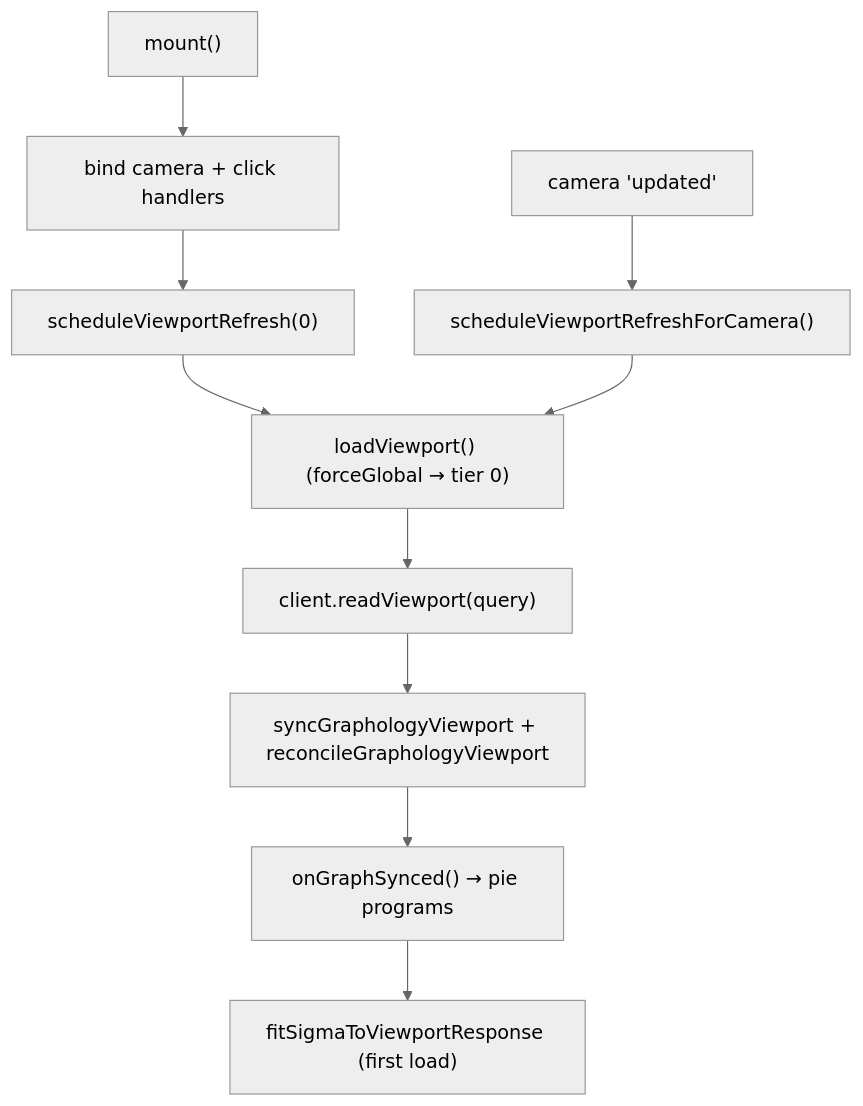
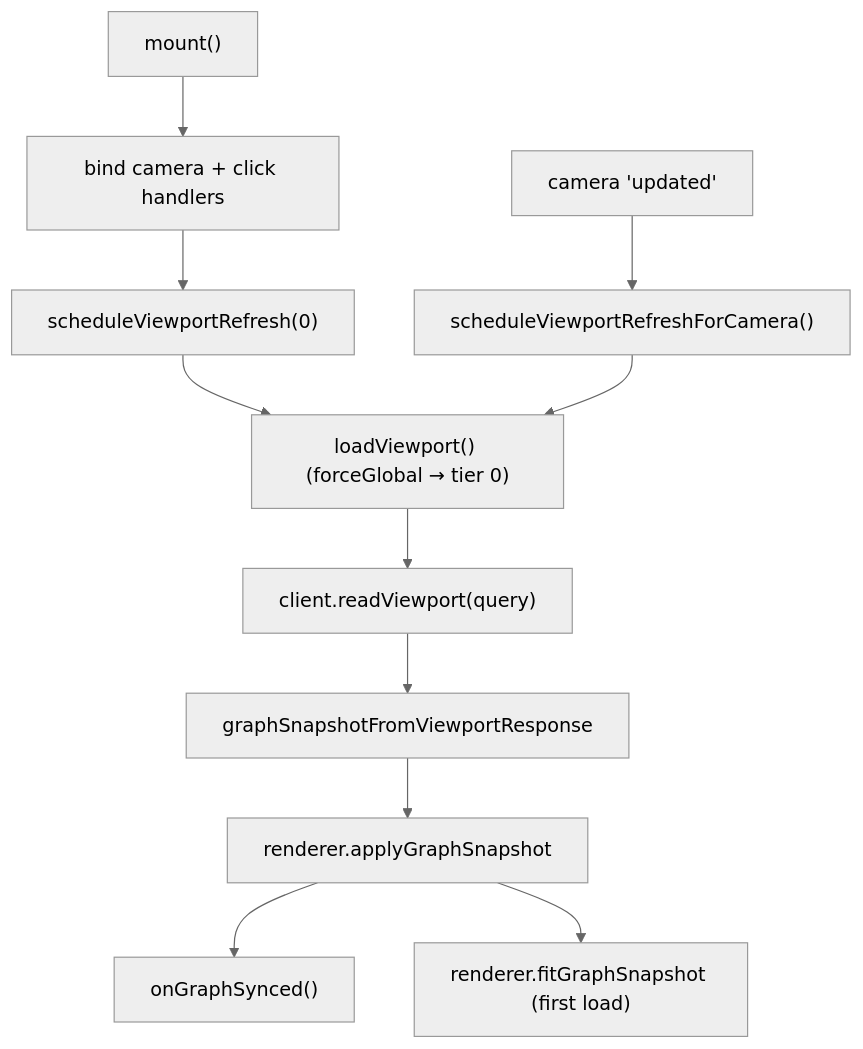
The diagram in docs/CLIENT_RENDERING.md (phyloviz/phylo-lens), drawn with Mermaid (neutral theme) before and after one commit. The commit also changed other lines of this file and 43 other files, not shown here.

Commit message:
refactor(client): decouple viewport sync from renderer

````diff
--- a/docs/CLIENT_RENDERING.md
+++ b/docs/CLIENT_RENDERING.md
@@ -20,13 +20,14 @@
 ```mermaid
 flowchart TD
   MOUNT["mount()"] --> BIND["bind camera + click handlers"]
   BIND --> INIT["scheduleViewportRefresh(0)"]
   INIT --> LOAD["loadViewport() (forceGlobal → tier 0)"]
   LOAD --> READ["client.readViewport(query)"]
-  READ --> SYNC["syncGraphologyViewport + reconcileGraphologyViewport"]
-  SYNC --> HOOK["onGraphSynced() → pie programs"]
-  HOOK --> FIT["fitSigmaToViewportResponse (first load)"]
+  READ --> SNAP["graphSnapshotFromViewportResponse"]
+  SNAP --> APPLY["renderer.applyGraphSnapshot"]
+  APPLY --> HOOK["onGraphSynced()"]
+  APPLY --> FIT["renderer.fitGraphSnapshot (first load)"]
 
   CAM["camera 'updated'"] --> SCHED["scheduleViewportRefreshForCamera()"]
   SCHED --> LOAD
 ```
````
